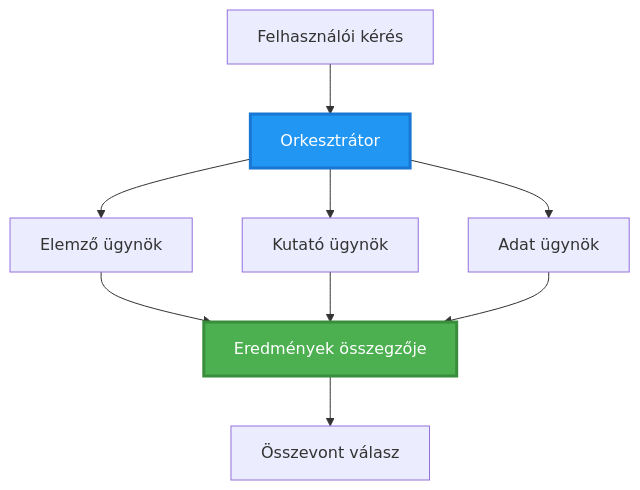
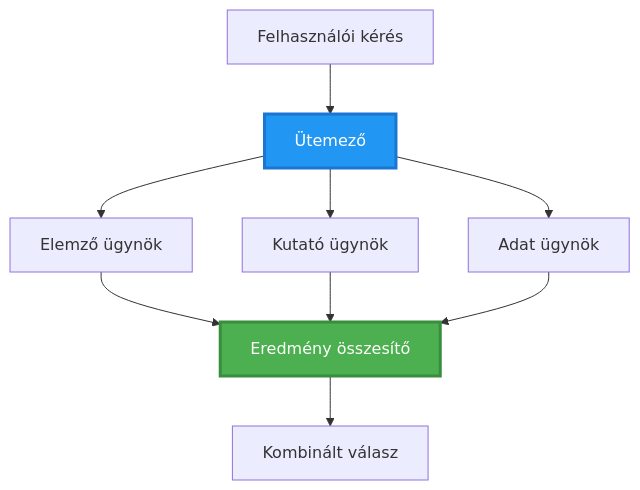
Before and after one commit to microsoft/AZD-for-beginners: the second of 6 diagrams in translations/hu/docs/chapter-06-pre-deployment/coordination-patterns.md, drawn with Mermaid. The commit also changed other lines of this file and 101 other files, not shown here.

````diff
--- a/translations/hu/docs/chapter-06-pre-deployment/coordination-patterns.md
+++ b/translations/hu/docs/chapter-06-pre-deployment/coordination-patterns.md
@@ -106,22 +100,22 @@
 ```mermaid
 graph TB
     User[Felhasználói kérés]
-    Orchestrator[Orkesztrátor]
+    Orchestrator[Ütemező]
     Agent1[Elemző ügynök]
     Agent2[Kutató ügynök]
     Agent3[Adat ügynök]
-    Aggregator[Eredmények összegzője]
-    Response[Összevont válasz]
+    Aggregator[Eredmény összesítő]
+    Response[Kombinált válasz]
     
     User --> Orchestrator
     Orchestrator --> Agent1
     Orchestrator --> Agent2
     Orchestrator --> Agent3
     Agent1 --> Aggregator
     Agent2 --> Aggregator
     Agent3 --> Aggregator
     Aggregator --> Response
     
     style Orchestrator fill:#2196F3,stroke:#1976D2,stroke-width:3px,color:#fff
     style Aggregator fill:#4CAF50,stroke:#388E3C,stroke-width:3px,color:#fff
-```
+```  
````
